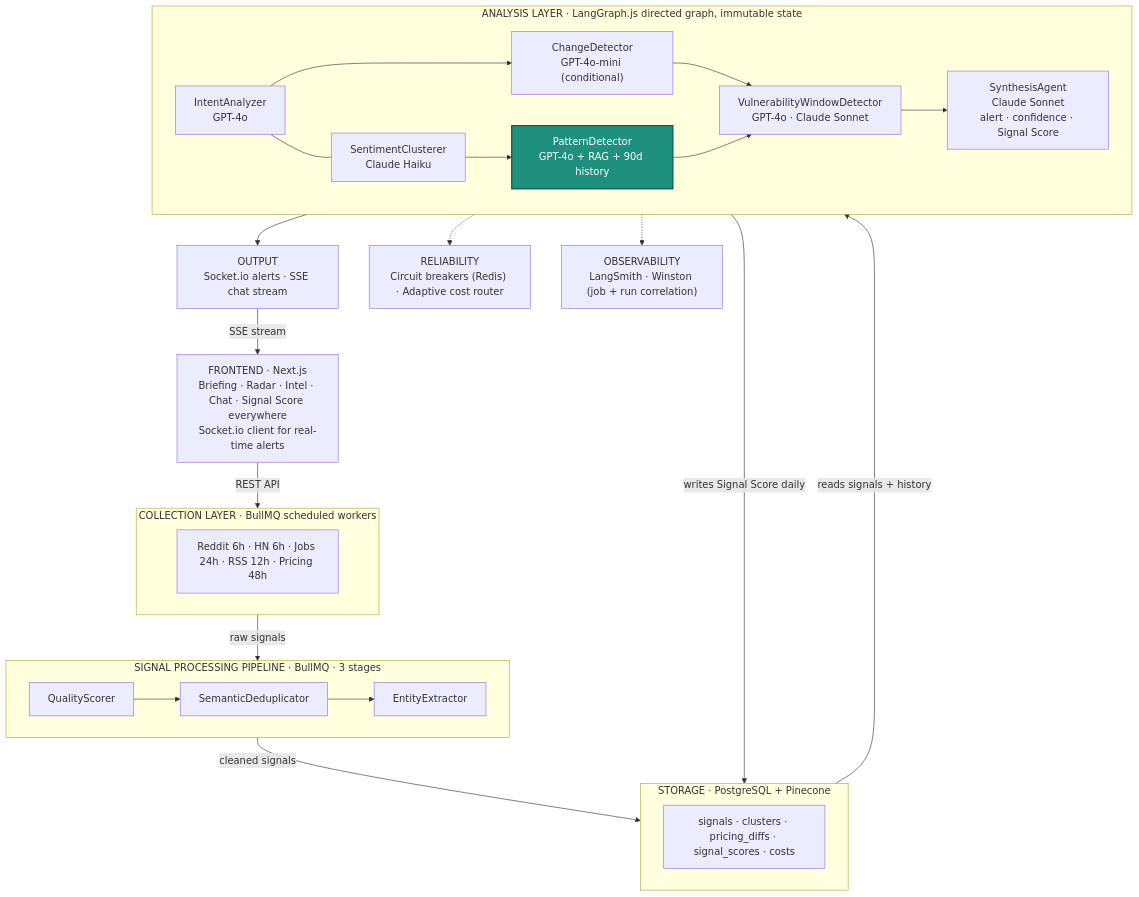
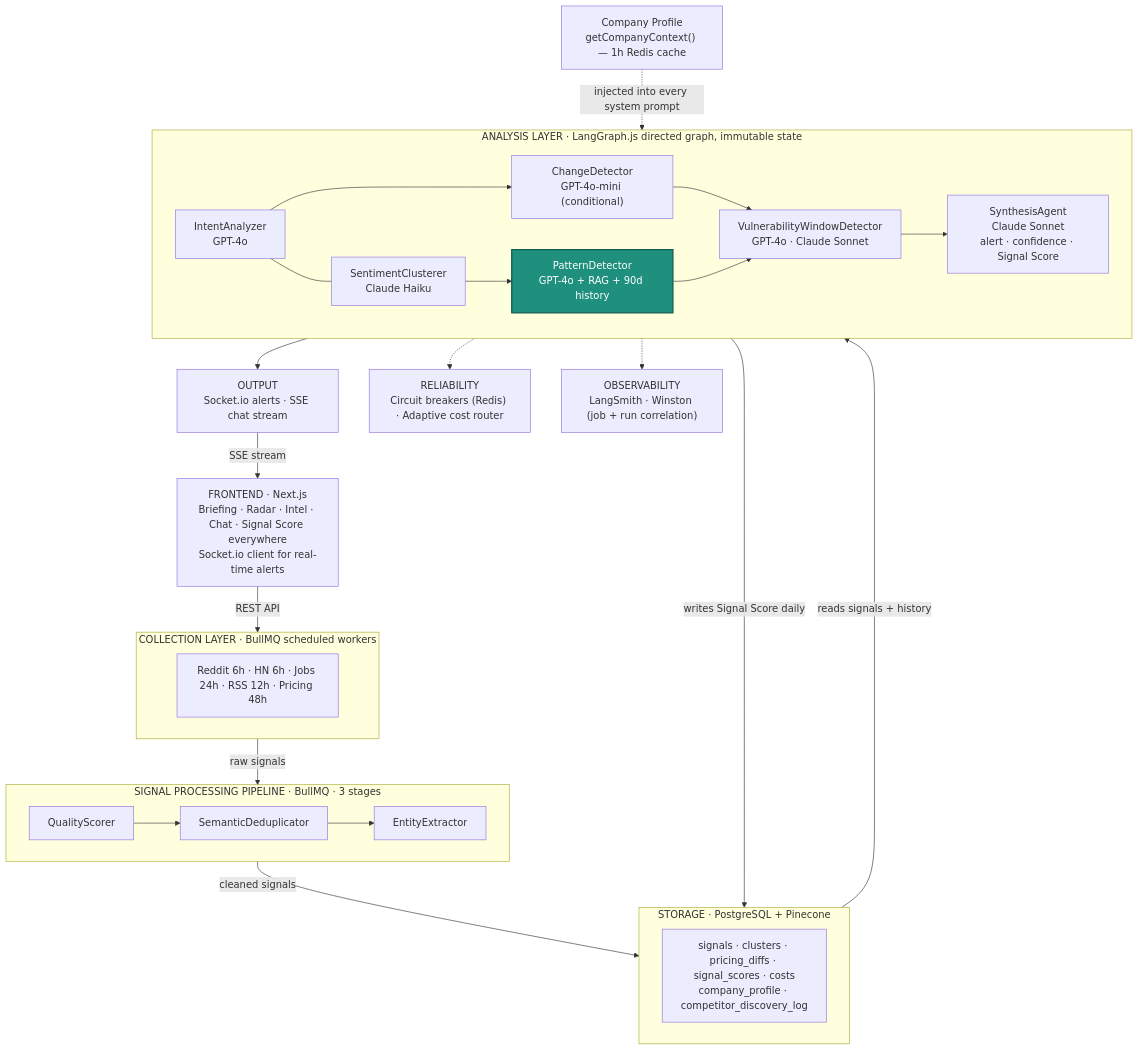
The first of 2 diagrams in README.md (niloy-saha-123/Signal), drawn with Mermaid before and after one commit. The commit also changed other lines of this file and 16 other files, not shown here.

````diff
--- a/README.md
+++ b/README.md
@@ -67,48 +71,51 @@
 ```mermaid
 graph TB
     FE["FRONTEND · Next.js<br/>Briefing · Radar · Intel · Chat · Signal Score everywhere<br/>Socket.io client for real-time alerts"]
 
     subgraph Collection["COLLECTION LAYER · BullMQ scheduled workers"]
         COL["Reddit 6h · HN 6h · Jobs 24h · RSS 12h · Pricing 48h"]
     end
 
     subgraph Pipeline["SIGNAL PROCESSING PIPELINE · BullMQ · 3 stages"]
         QS[QualityScorer] --> SD[SemanticDeduplicator] --> EE[EntityExtractor]
     end
 
     subgraph Storage["STORAGE · PostgreSQL + Pinecone"]
-        ST["signals · clusters · pricing_diffs · signal_scores · costs"]
+        ST["signals · clusters · pricing_diffs · signal_scores · costs<br/>company_profile · competitor_discovery_log"]
     end
+
+    COMPANY["Company Profile<br/>getCompanyContext() — 1h Redis cache"]
 
     subgraph Analysis["ANALYSIS LAYER · LangGraph.js directed graph, immutable state"]
         IA["IntentAnalyzer<br/>GPT-4o"]
         SC["SentimentClusterer<br/>Claude Haiku"]
         CD["ChangeDetector<br/>GPT-4o-mini (conditional)"]
         PD["PatternDetector<br/>GPT-4o + RAG + 90d history"]
         VW["VulnerabilityWindowDetector<br/>GPT-4o · Claude Sonnet"]
         SY["SynthesisAgent<br/>Claude Sonnet<br/>alert · confidence · Signal Score"]
 
         IA --- SC
         IA --> CD
         SC --> PD
         CD --> VW
         PD --> VW
         VW --> SY
     end
 
     OUT["OUTPUT<br/>Socket.io alerts · SSE chat stream"]
     REL["RELIABILITY<br/>Circuit breakers (Redis) · Adaptive cost router"]
     OBS["OBSERVABILITY<br/>LangSmith · Winston (job + run correlation)"]
 
     FE -->|REST API| Collection
     OUT -->|SSE stream| FE
     Collection -->|raw signals| Pipeline
     Pipeline -->|cleaned signals| Storage
     Storage -->|reads signals + history| Analysis
     Analysis -->|writes Signal Score daily| Storage
     Analysis --> OUT
     Analysis -.-> REL
     Analysis -.-> OBS
+    COMPANY -.->|injected into every system prompt| Analysis
 
     style PD fill:#1f8f7e,stroke:#0f5c50,stroke-width:2px,color:#fff
 ```
````
